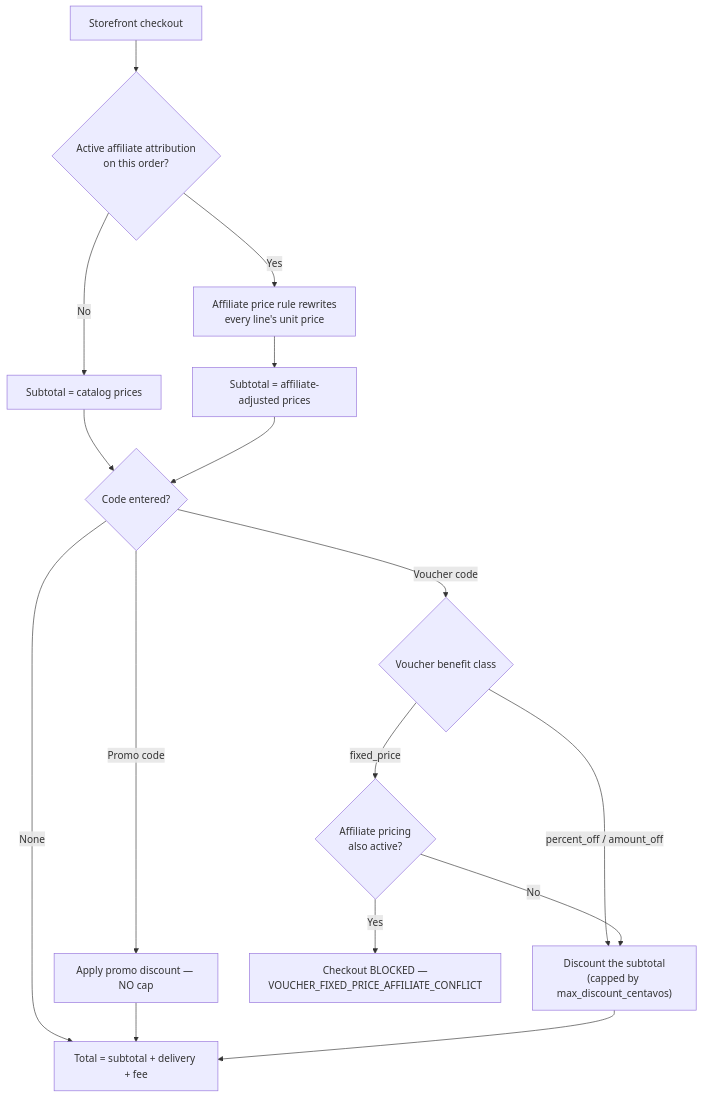
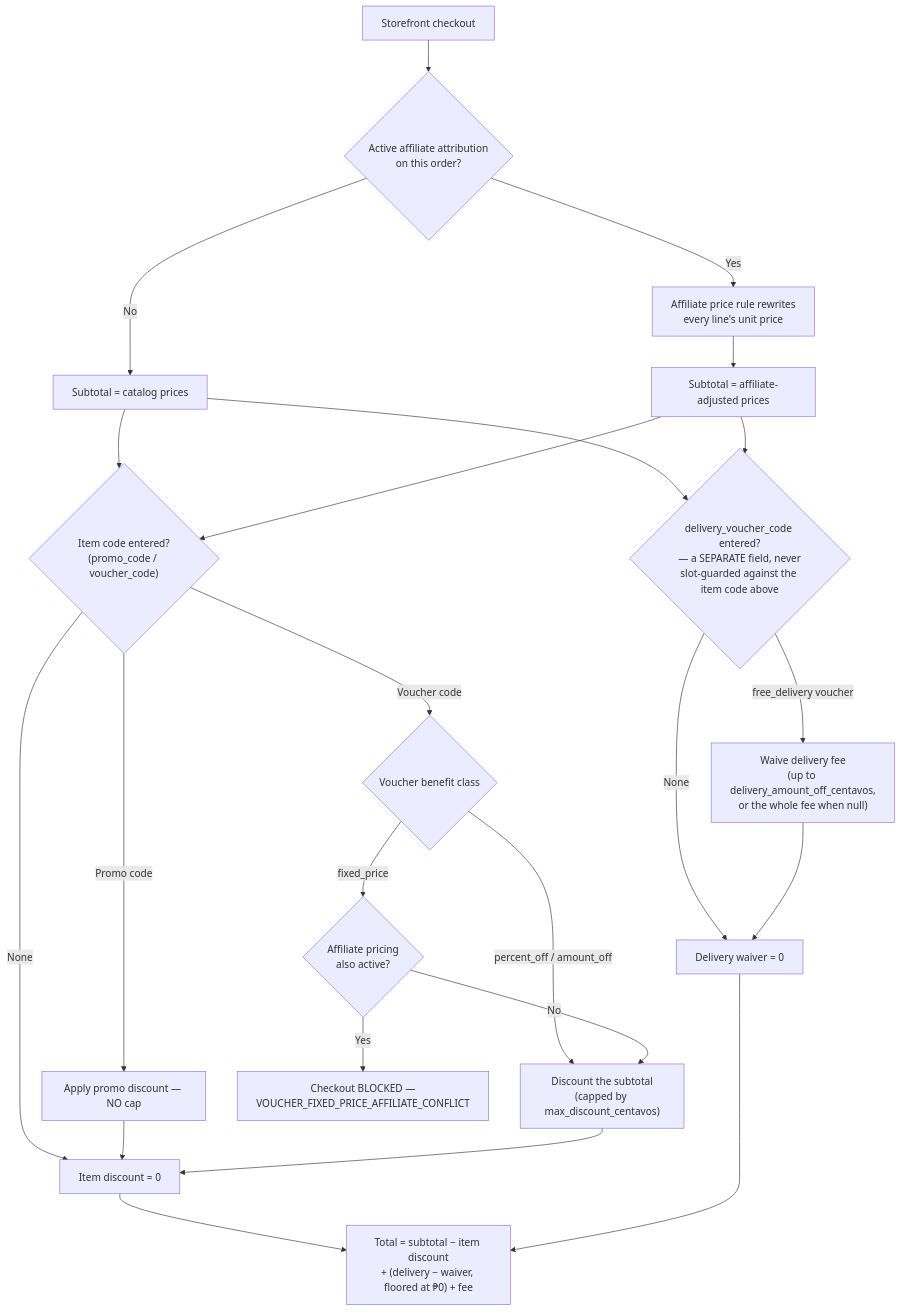
The third of 4 diagrams in docs/features/FUNDING_AND_DISCOUNT_STACKING.md (joshh-25/POS-DGFY), drawn with Mermaid before and after one commit. The commit also changed other lines of this file and 3 other files, not shown here.

First line of the commit message:
docs(adr,features): scope ADR 0066 Decision 8 to the item axis; document the delivery-waiver axis (#1331, epic #1321)

````diff
--- a/docs/features/FUNDING_AND_DISCOUNT_STACKING.md
+++ b/docs/features/FUNDING_AND_DISCOUNT_STACKING.md
@@ -213,21 +213,30 @@
 ```mermaid
 flowchart TD
     Start["Storefront checkout"] --> Aff{"Active affiliate attribution<br/>on this order?"}
     Aff -->|"Yes"| AffRule["Affiliate price rule rewrites<br/>every line's unit price"]
     Aff -->|"No"| Sub["Subtotal = catalog prices"]
     AffRule --> Sub2["Subtotal = affiliate-adjusted prices"]
 
-    Sub --> Code{"Code entered?"}
+    Sub --> Code{"Item code entered?<br/>(promo_code / voucher_code)"}
     Sub2 --> Code
-    Code -->|"None"| Total["Total = subtotal + delivery + fee"]
+    Code -->|"None"| ItemTotal["Item discount = 0"]
     Code -->|"Promo code"| PromoApply["Apply promo discount — NO cap"]
     Code -->|"Voucher code"| VClass{"Voucher benefit class"}
 
     VClass -->|"percent_off / amount_off"| VApply["Discount the subtotal<br/>(capped by max_discount_centavos)"]
     VClass -->|"fixed_price"| FixedCheck{"Affiliate pricing<br/>also active?"}
     FixedCheck -->|"Yes"| Refused["Checkout BLOCKED —<br/>VOUCHER_FIXED_PRICE_AFFILIATE_CONFLICT"]
     FixedCheck -->|"No"| VApply
 
-    PromoApply --> Total
-    VApply --> Total
+    PromoApply --> ItemTotal
+    VApply --> ItemTotal
+
+    Sub --> DelCode{"delivery_voucher_code entered?<br/>— a SEPARATE field, never<br/>slot-guarded against the item code above"}
+    Sub2 --> DelCode
+    DelCode -->|"None"| DelTotal["Delivery waiver = 0"]
+    DelCode -->|"free_delivery voucher"| DelApply["Waive delivery fee<br/>(up to delivery_amount_off_centavos,<br/>or the whole fee when null)"]
+    DelApply --> DelTotal
+
+    ItemTotal --> Total["Total = subtotal − item discount<br/>+ (delivery − waiver, floored at ₱0) + fee"]
+    DelTotal --> Total
 ```
````
